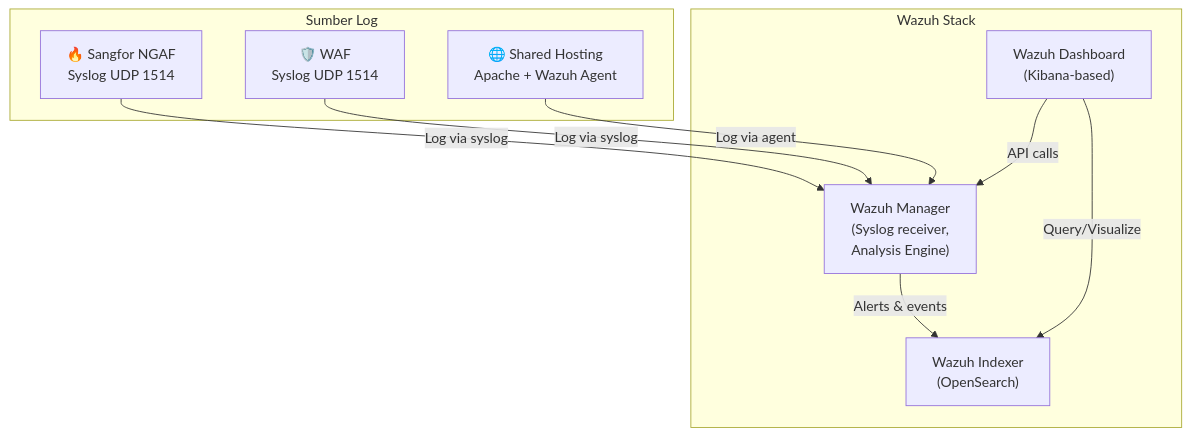
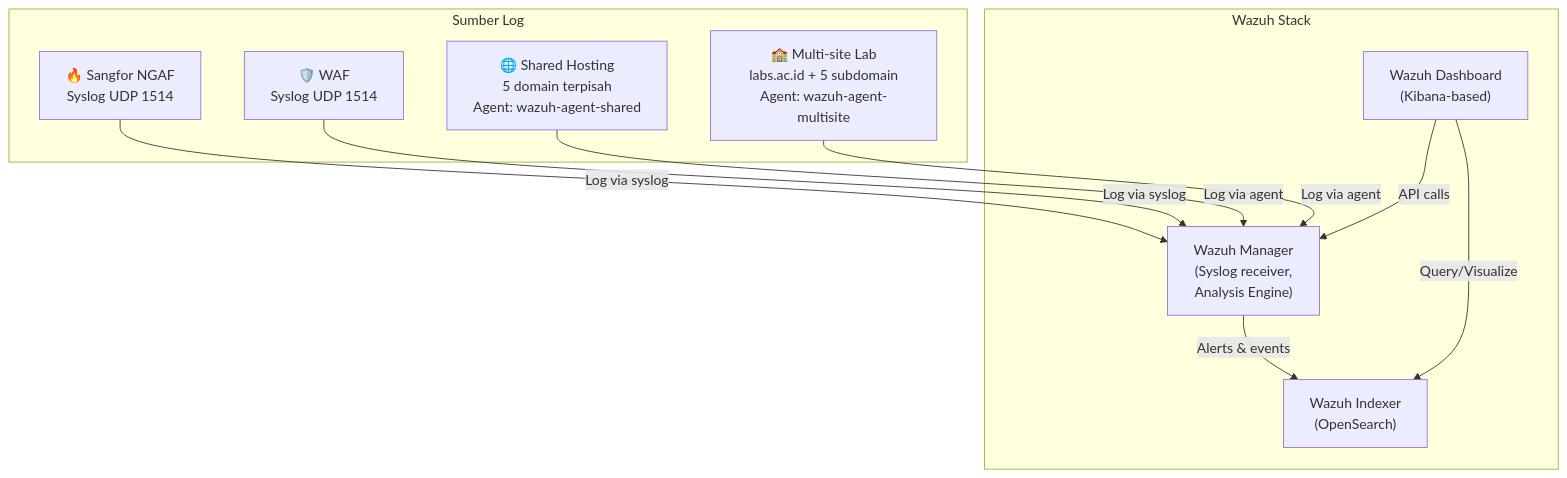
Before and after one commit to yogiex/wazuh-soc-lab: the diagram in README.md, drawn with Mermaid. The commit also changed other lines of this file, not shown here.

Commit message:
docs: Update README dengan multi-site lab dan shared hosting 5 domain

````diff
--- a/README.md
+++ b/README.md
@@ -27,21 +28,23 @@
 ```mermaid
 graph TB
     subgraph Sumber Log
         Sangfor["🔥 Sangfor NGAF<br/>Syslog UDP 1514"]
         WAF["🛡️ WAF<br/>Syslog UDP 1514"]
-        Shared["🌐 Shared Hosting<br/>Apache + Wazuh Agent"]
+        Shared["🌐 Shared Hosting<br/>5 domain terpisah<br/>Agent: wazuh-agent-shared"]
+        Multi["🏫 Multi-site Lab<br/>labs.ac.id + 5 subdomain<br/>Agent: wazuh-agent-multisite"]
     end
 
     subgraph Wazuh Stack
         Manager["Wazuh Manager<br/>(Syslog receiver,<br/>Analysis Engine)"]
         Indexer["Wazuh Indexer<br/>(OpenSearch)"]
         Dashboard["Wazuh Dashboard<br/>(Kibana-based)"]
     end
 
     Sangfor -->|Log via syslog| Manager
     WAF -->|Log via syslog| Manager
     Shared -->|Log via agent| Manager
+    Multi -->|Log via agent| Manager
     Manager -->|Alerts & events| Indexer
     Dashboard -->|Query/Visualize| Indexer
     Dashboard -->|API calls| Manager
 ```
````
